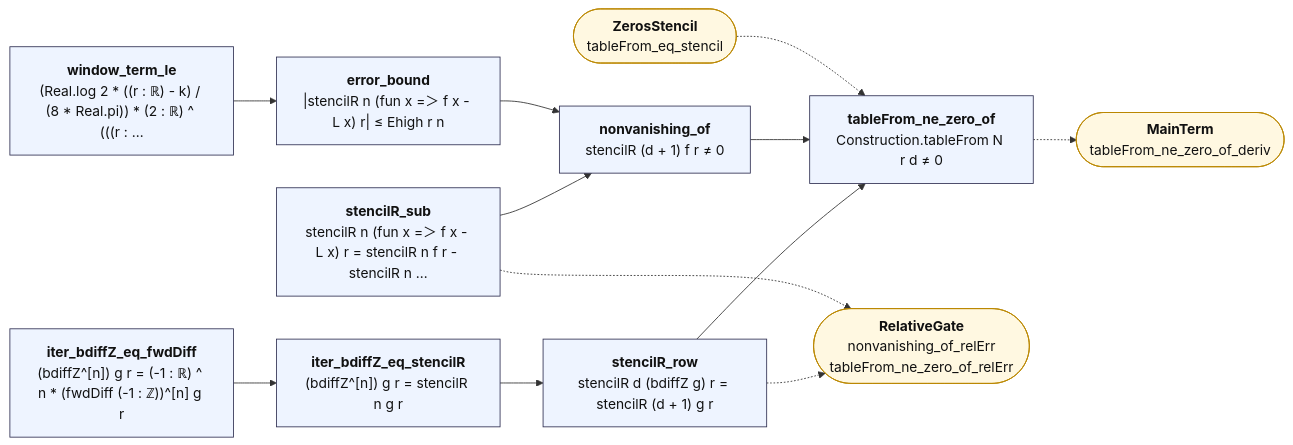
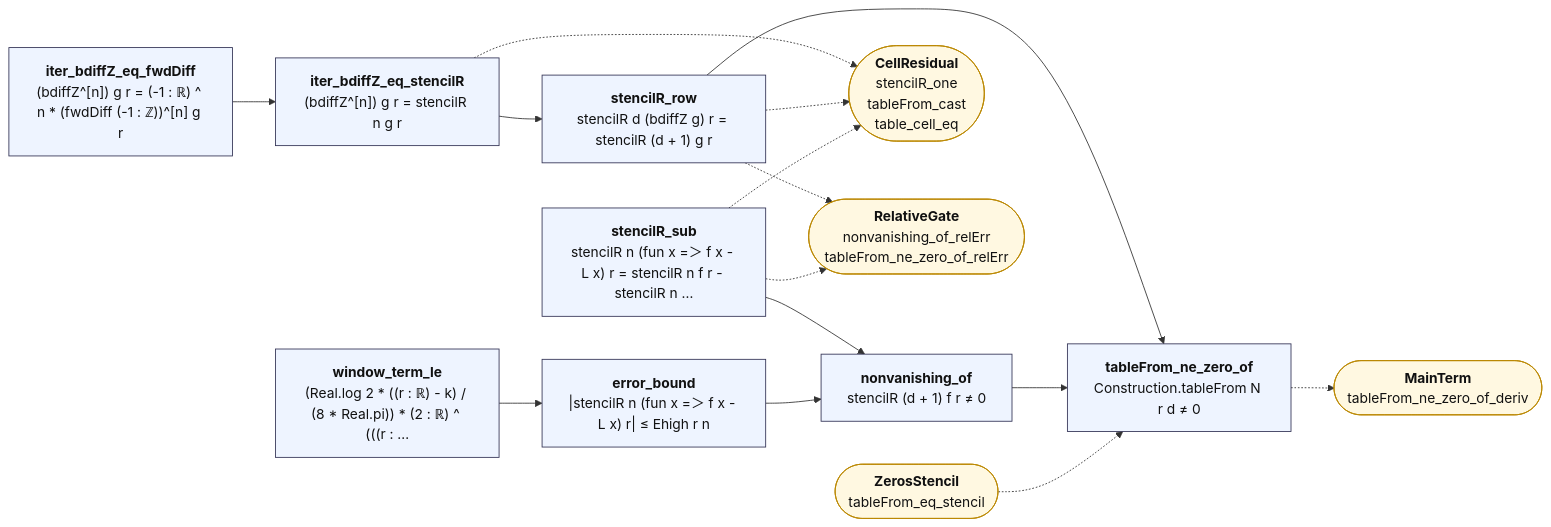
One commit to juliansambranojr/Primebeat_081426 changed the diagram in map/lean/Nonvanishing.md. Above: the diagram before and after it, drawn with Mermaid. The commit also changed other lines of this file and 54 other files, not shown here.

First line of the commit message:
PiToPsi.lean, CellResidual.lean: RH holds exactly when every cell's residual, on every dyadic ladder, stays at square-root size (RH_iff_cells); RH is the square-root bound on pi minus Li (RH_iff_schoenfeldWeak); forward on the table itself (table_cell_resid); joint T5 SEALED; units 0427, 0428 logged

````diff
--- a/map/lean/Nonvanishing.md
+++ b/map/lean/Nonvanishing.md
@@ -12,30 +12,34 @@
 ```mermaid
 flowchart LR
   n0["<b>iter_bdiffZ_eq_fwdDiff</b><br/>(bdiffZ^[n]) g r = (-1 : ℝ) ^ n * (fwdDiff (-1 : ℤ))^[n] g r"]:::thm
   n1["<b>iter_bdiffZ_eq_stencilR</b><br/>(bdiffZ^[n]) g r = stencilR n g r"]:::thm
   n2["<b>stencilR_row</b><br/>stencilR d (bdiffZ g) r = stencilR (d + 1) g r"]:::thm
   n3["<b>stencilR_sub</b><br/>stencilR n (fun x =＞ f x - L x) r = stencilR n f r - stencilR n …"]:::thm
   n4["<b>window_term_le</b><br/>(Real.log 2 * ((r : ℝ) - k) / (8 * Real.pi)) * (2 : ℝ) ^ (((r : …"]:::thm
   n5["<b>error_bound</b><br/>|stencilR n (fun x =＞ f x - L x) r| ≤ Ehigh r n"]:::thm
   n6["<b>nonvanishing_of</b><br/>stencilR (d + 1) f r ≠ 0"]:::thm
   n7["<b>tableFrom_ne_zero_of</b><br/>Construction.tableFrom N r d ≠ 0"]:::thm
-  x0(["<b>RelativeGate</b><br/>nonvanishing_of_relErr<br/>tableFrom_ne_zero_of_relErr"]):::ext
-  x1(["<b>ZerosStencil</b><br/>tableFrom_eq_stencil"]):::ext
-  x2(["<b>MainTerm</b><br/>tableFrom_ne_zero_of_deriv"]):::ext
+  x0(["<b>CellResidual</b><br/>stencilR_one<br/>tableFrom_cast<br/>table_cell_eq"]):::ext
+  x1(["<b>RelativeGate</b><br/>nonvanishing_of_relErr<br/>tableFrom_ne_zero_of_relErr"]):::ext
+  x2(["<b>ZerosStencil</b><br/>tableFrom_eq_stencil"]):::ext
+  x3(["<b>MainTerm</b><br/>tableFrom_ne_zero_of_deriv"]):::ext
   n0 --> n1
   n1 --> n2
   n2 --> n7
   n3 --> n6
   n4 --> n5
   n5 --> n6
   n6 --> n7
+  n1 -.-> x0
   n2 -.-> x0
+  n2 -.-> x1
   n3 -.-> x0
-  n7 -.-> x2
-  x1 -.-> n7
+  n3 -.-> x1
+  n7 -.-> x3
+  x2 -.-> n7
   classDef thm fill:#eef4ff,stroke:#335,color:#111
   classDef end_ fill:#e7f7e7,stroke:#2a7,color:#111,stroke-width:2px
   classDef lone fill:#fff,stroke:#999,color:#111,stroke-dasharray:4 3
   classDef bad fill:#ffe5e5,stroke:#c22,color:#111,stroke-width:2px
   classDef ext fill:#fff8e1,stroke:#b80,color:#111
 ```
````
